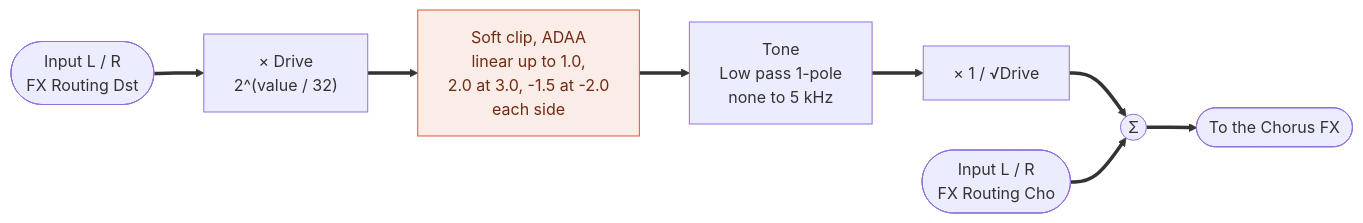
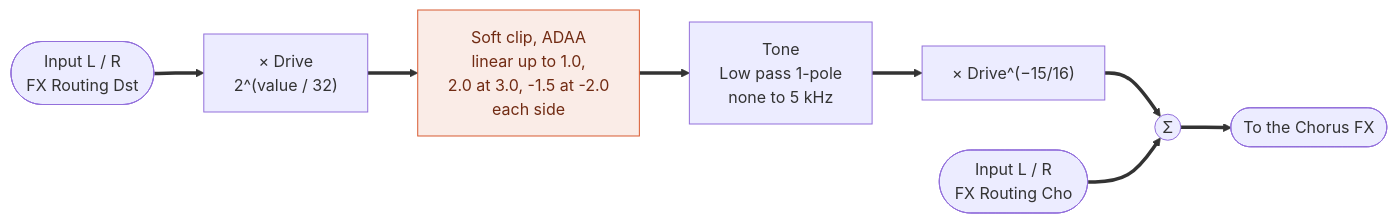
Before and after one commit to risgk/digital-synth-pra32-u2: the fourth of 10 diagrams in PRA32-U2-Block-Diagrams.md, drawn with Mermaid. The commit also changed other lines of this file and 3 other files, not shown here.

````diff
--- a/PRA32-U2-Block-Diagrams.md
+++ b/PRA32-U2-Block-Diagrams.md
@@ -141,12 +141,12 @@
 ```mermaid
 flowchart LR
     IN([Input L / R<br/>FX Routing Dst]) ==> G["× Drive<br/>2^(value / 32)"]
     G ==> SC["Soft clip, ADAA<br/>linear up to 1.0,<br/>2.0 at 3.0, -1.5 at -2.0<br/>each side"]
     SC ==> T["Tone<br/>Low pass 1-pole<br/>none to 5 kHz"]
-    T ==> M["× 1 / √Drive"]
+    T ==> M["× Drive^(−15/16)"]
     M ==> S((Σ))
     CHO([Input L / R<br/>FX Routing Cho]) ==> S
     S ==> OUT([To the Chorus FX])
     classDef nl fill:#FAECE7,stroke:#D85A30,color:#712B13
     class SC nl
 ```
````
